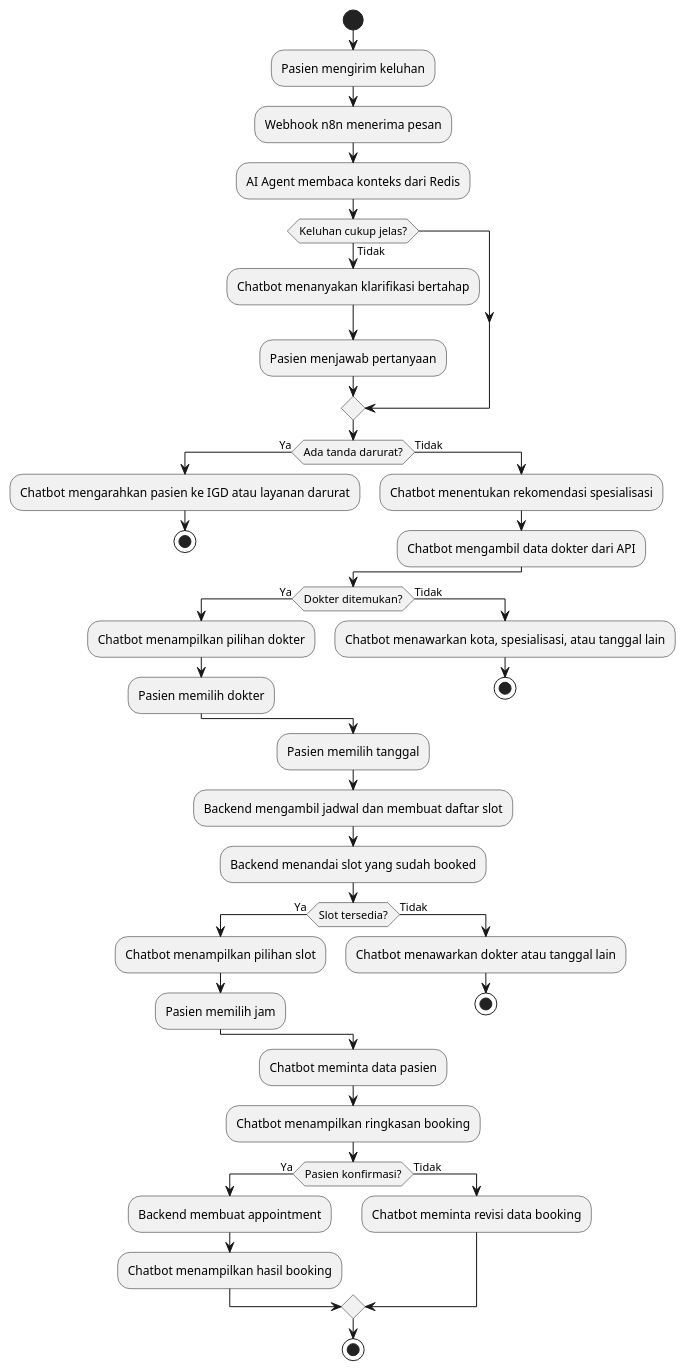
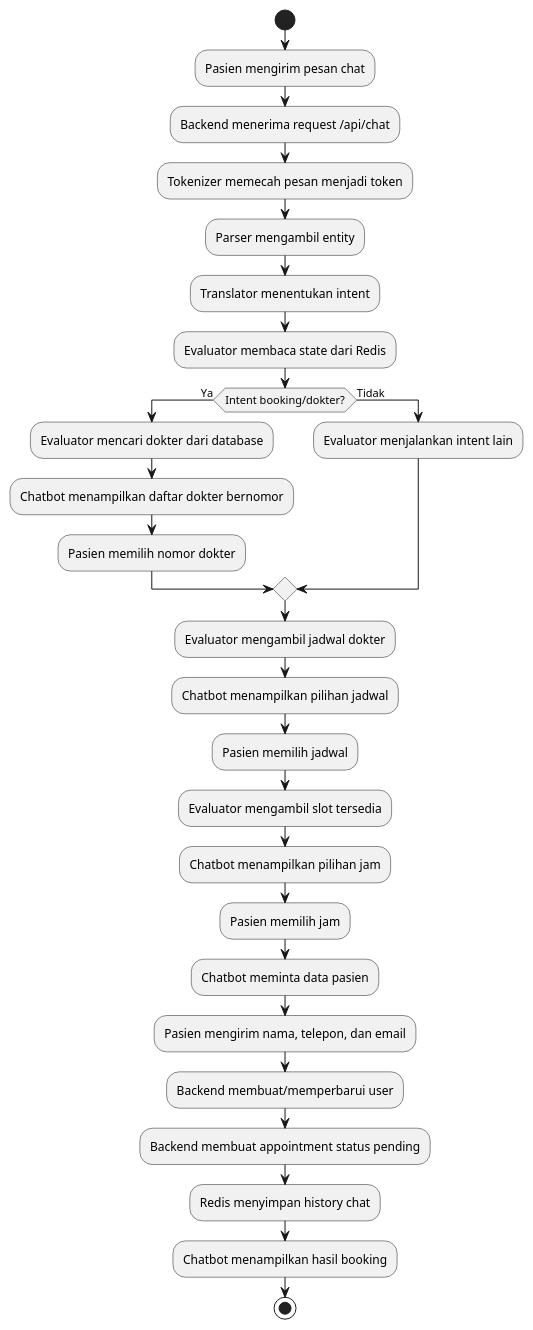
One commit to sudrajathadi/service-antrik-main changed the fourth of 6 diagrams in LAPORAN_KKP_CHATBOT_ANTRIK.md. Above: the diagram before and after it, drawn with PlantUML. The commit also changed other lines of this file and 20 other files, not shown here.

````diff
--- a/LAPORAN_KKP_CHATBOT_ANTRIK.md
+++ b/LAPORAN_KKP_CHATBOT_ANTRIK.md
@@ -817,52 +1096,33 @@
 ```plantuml
 @startuml
 start
-:Pasien mengirim keluhan;
-:Webhook n8n menerima pesan;
-:AI Agent membaca konteks dari Redis;
+:Pasien mengirim pesan chat;
+:Backend menerima request /api/chat;
+:Tokenizer memecah pesan menjadi token;
+:Parser mengambil entity;
+:Translator menentukan intent;
+:Evaluator membaca state dari Redis;
 
-if (Keluhan cukup jelas?) then (Tidak)
-  :Chatbot menanyakan klarifikasi bertahap;
-  :Pasien menjawab pertanyaan;
+if (Intent booking/dokter?) then (Ya)
+  :Evaluator mencari dokter dari database;
+  :Chatbot menampilkan daftar dokter bernomor;
+  :Pasien memilih nomor dokter;
+else (Tidak)
+  :Evaluator menjalankan intent lain;
 endif
 
-if (Ada tanda darurat?) then (Ya)
-  :Chatbot mengarahkan pasien ke IGD atau layanan darurat;
-  stop
-else (Tidak)
-  :Chatbot menentukan rekomendasi spesialisasi;
-  :Chatbot mengambil data dokter dari API;
-endif
-
-if (Dokter ditemukan?) then (Ya)
-  :Chatbot menampilkan pilihan dokter;
-  :Pasien memilih dokter;
-else (Tidak)
-  :Chatbot menawarkan kota, spesialisasi, atau tanggal lain;
-  stop
-endif
-
-:Pasien memilih tanggal;
-:Backend mengambil jadwal dan membuat daftar slot;
-:Backend menandai slot yang sudah booked;
-
-if (Slot tersedia?) then (Ya)
-  :Chatbot menampilkan pilihan slot;
-  :Pasien memilih jam;
-else (Tidak)
-  :Chatbot menawarkan dokter atau tanggal lain;
-  stop
-endif
-
+:Evaluator mengambil jadwal dokter;
+:Chatbot menampilkan pilihan jadwal;
+:Pasien memilih jadwal;
+:Evaluator mengambil slot tersedia;
+:Chatbot menampilkan pilihan jam;
+:Pasien memilih jam;
 :Chatbot meminta data pasien;
-:Chatbot menampilkan ringkasan booking;
-
-if (Pasien konfirmasi?) then (Ya)
-  :Backend membuat appointment;
-  :Chatbot menampilkan hasil booking;
-else (Tidak)
-  :Chatbot meminta revisi data booking;
-endif
+:Pasien mengirim nama, telepon, dan email;
+:Backend membuat/memperbarui user;
+:Backend membuat appointment status pending;
+:Redis menyimpan history chat;
+:Chatbot menampilkan hasil booking;
 stop
 @enduml
 ```
````
